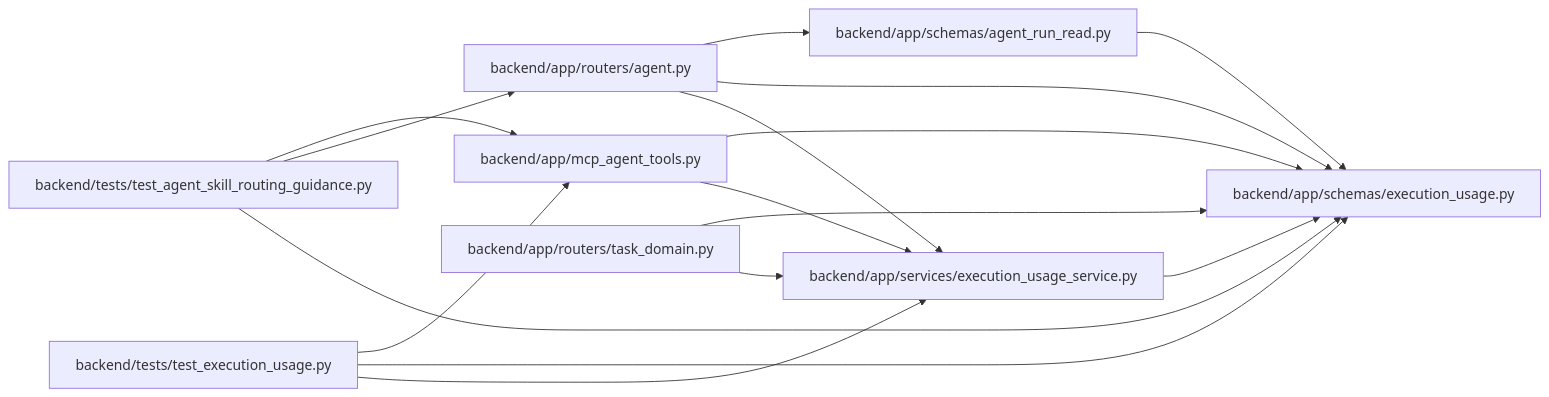
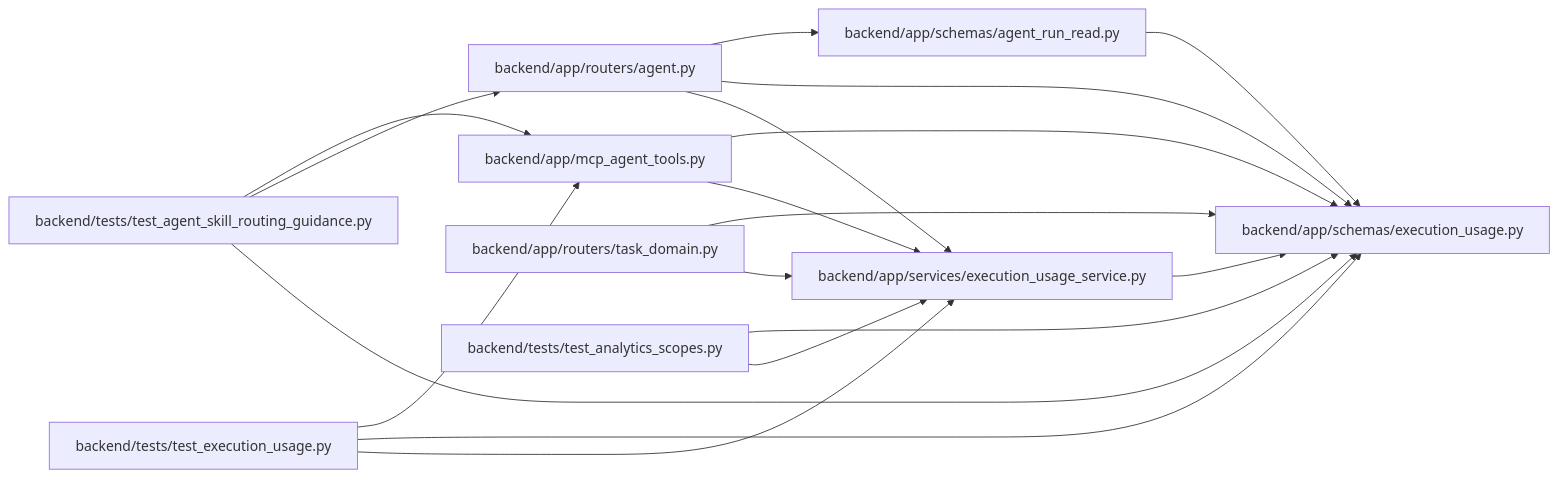
The diagram in docs/llm_wiki/modules/schemas_execution_usage.md (Denissvgn/WorkChord), drawn with Mermaid before and after one commit. The commit also changed other lines of this file and 2373 other files, not shown here.

````diff
--- a/docs/llm_wiki/modules/schemas_execution_usage.md
+++ b/docs/llm_wiki/modules/schemas_execution_usage.md
@@ -23,34 +23,38 @@
 ```mermaid
 flowchart LR
     n0["backend/app/mcp_agent_tools.py"]
     n1["backend/app/routers/agent.py"]
     n2["backend/app/routers/task_domain.py"]
     n3["backend/app/schemas/agent_run_read.py"]
     n4["backend/app/schemas/execution_usage.py"]
     n5["backend/app/services/execution_usage_service.py"]
     n6["backend/tests/test_agent_skill_routing_guidance.py"]
-    n7["backend/tests/test_execution_usage.py"]
+    n7["backend/tests/test_analytics_scopes.py"]
+    n8["backend/tests/test_execution_usage.py"]
     n0 --> n4
     n0 --> n5
     n1 --> n3
     n1 --> n4
     n1 --> n5
     n2 --> n4
     n2 --> n5
     n3 --> n4
     n5 --> n4
     n6 --> n0
     n6 --> n1
     n6 --> n4
-    n7 --> n0
     n7 --> n4
     n7 --> n5
+    n8 --> n0
+    n8 --> n4
+    n8 --> n5
     click n0 "../modules/mcp_agent_tools.md"
     click n1 "../modules/routers_agent.md"
     click n2 "../modules/routers_task_domain.md"
     click n3 "../modules/agent_run_read.md"
     click n4 "../modules/schemas_execution_usage.md"
     click n5 "../modules/execution_usage_service.md"
     click n6 "../modules/test_agent_skill_routing_guidance.md"
-    click n7 "../modules/test_execution_usage.md"
+    click n7 "../modules/test_analytics_scopes.md"
+    click n8 "../modules/test_execution_usage.md"
 ```
````
